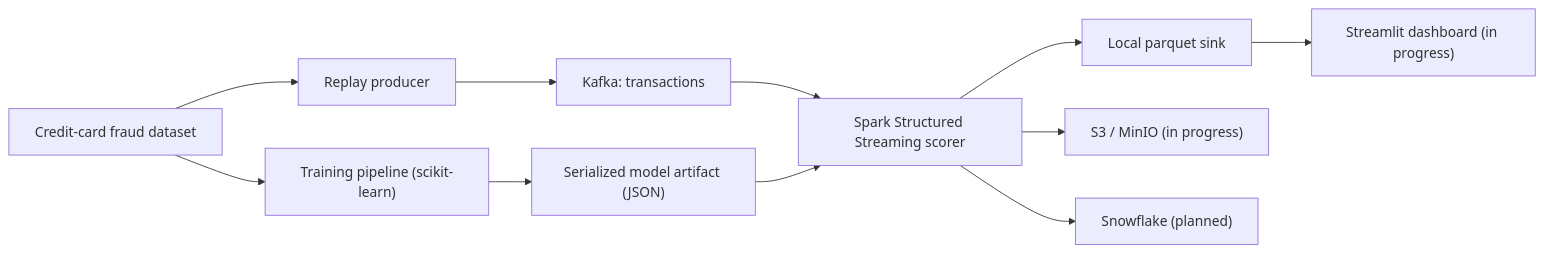
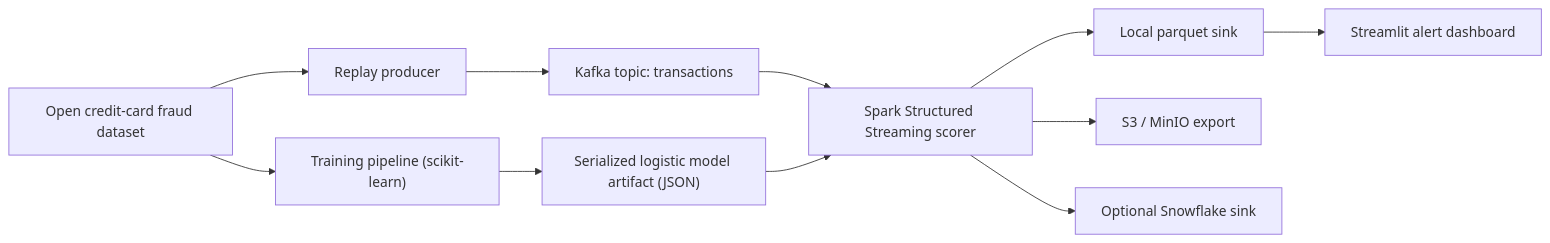
One commit to hemanth4646k/fraud-detection-bda changed the diagram in README.md. Above: the diagram before and after it, drawn with Mermaid. The commit also changed other lines of this file and 1 other file, not shown here.

Commit message:
docs: finalize architecture notes and full project README for production release

````diff
--- a/README.md
+++ b/README.md
@@ -7,13 +16,13 @@
 ```mermaid
 flowchart LR
-    A["Credit-card fraud dataset"] --> B["Training pipeline (scikit-learn)"]
-    B --> C["Serialized model artifact (JSON)"]
+    A["Open credit-card fraud dataset"] --> B["Training pipeline (scikit-learn)"]
+    B --> C["Serialized logistic model artifact (JSON)"]
     A --> D["Replay producer"]
-    D --> E["Kafka: transactions"]
+    D --> E["Kafka topic: transactions"]
     E --> F["Spark Structured Streaming scorer"]
     C --> F
     F --> G["Local parquet sink"]
-    F --> H["S3 / MinIO (in progress)"]
-    F --> I["Snowflake (planned)"]
-    G --> J["Streamlit dashboard (in progress)"]
+    F --> H["S3 / MinIO export"]
+    F --> I["Optional Snowflake sink"]
+    G --> J["Streamlit alert dashboard"]
 ```
````
